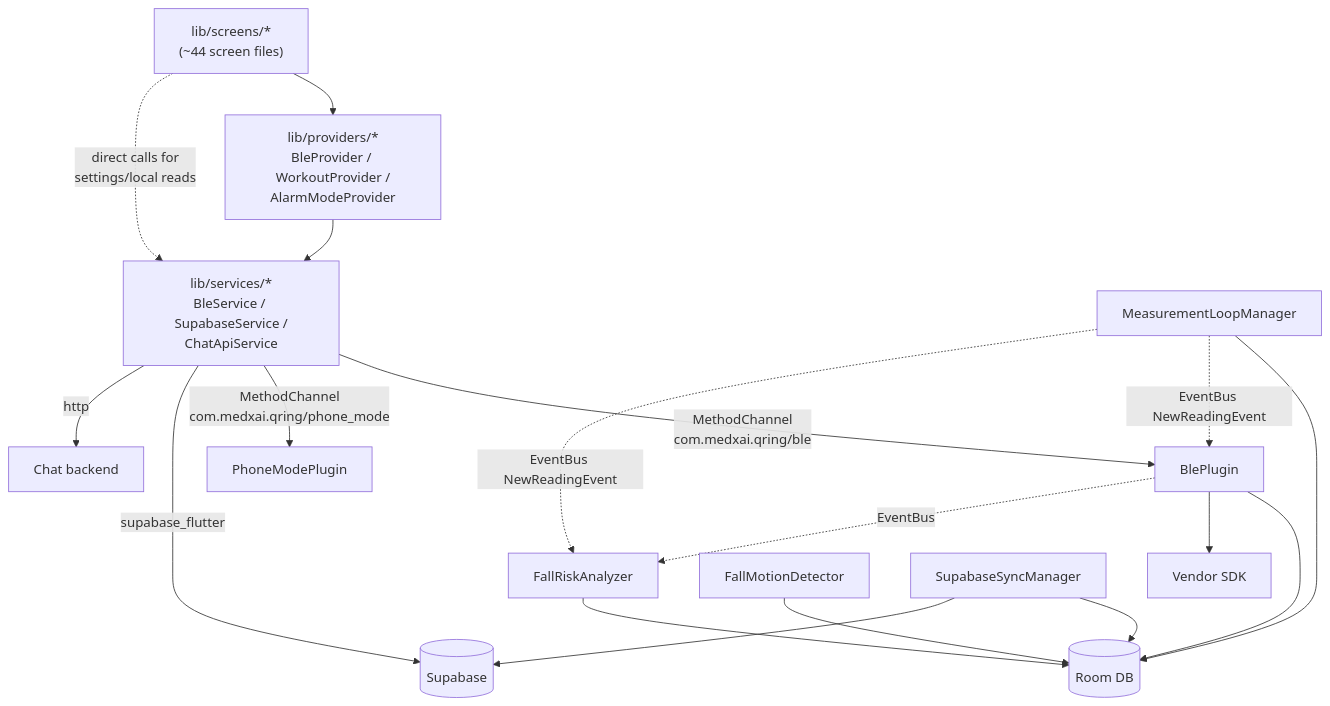
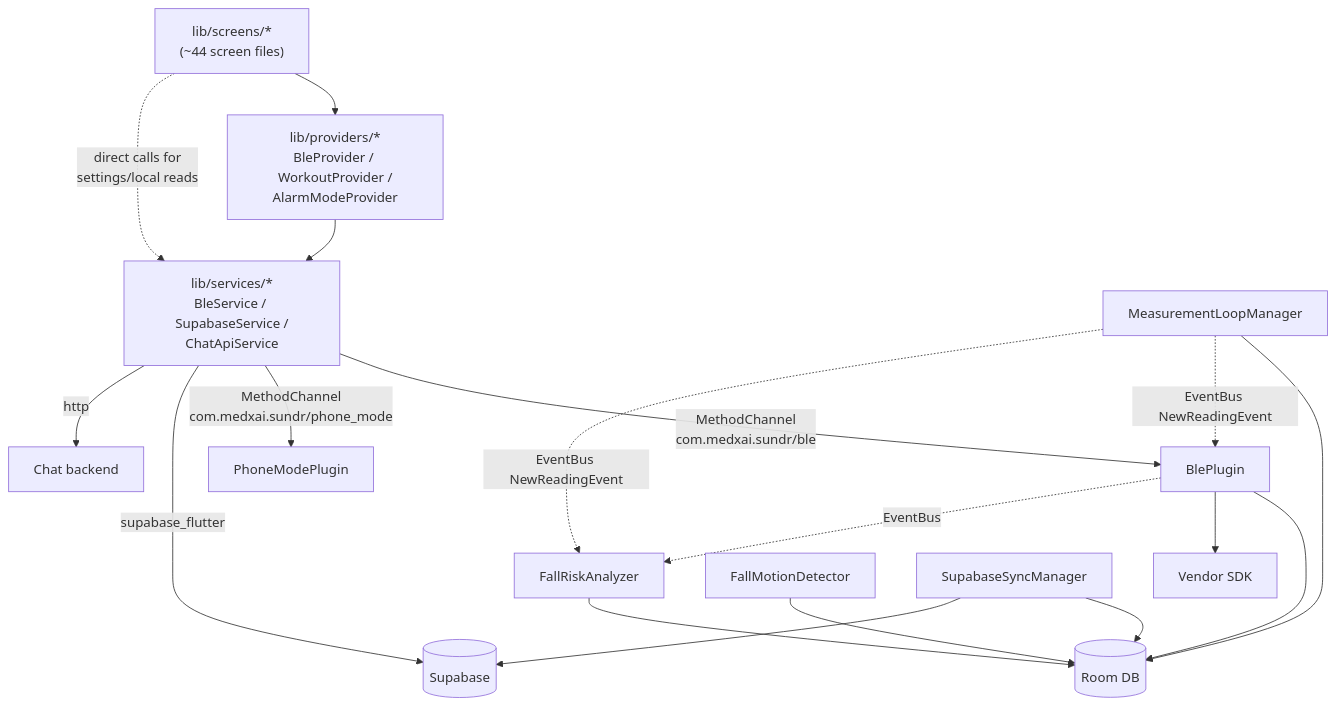
One commit to sivakumar1306/finalyear_project changed the fourth of 8 diagrams in KNOWLEDGE_TRANSFER.md. Above: the diagram before and after it, drawn with Mermaid. The commit also changed other lines of this file and 54 other files, not shown here.

````diff
--- a/KNOWLEDGE_TRANSFER.md
+++ b/KNOWLEDGE_TRANSFER.md
@@ -320,20 +320,20 @@
 ```mermaid
 flowchart TD
     Screens["lib/screens/*\n(~44 screen files)"] --> Providers["lib/providers/*\nBleProvider / WorkoutProvider /\nAlarmModeProvider"]
     Providers --> Services["lib/services/*\nBleService / SupabaseService /\nChatApiService"]
     Screens -.direct calls for\nsettings/local reads.-> Services
-    Services -->|MethodChannel\ncom.medxai.qring/ble| BlePlugin
-    Services -->|MethodChannel\ncom.medxai.qring/phone_mode| PhoneModePlugin
+    Services -->|MethodChannel\ncom.medxai.sundr/ble| BlePlugin
+    Services -->|MethodChannel\ncom.medxai.sundr/phone_mode| PhoneModePlugin
     Services -->|supabase_flutter| Supabase[(Supabase)]
     Services -->|http| ChatAPI[Chat backend]
     BlePlugin --> RoomDB[(Room DB)]
     BlePlugin --> SDK[Vendor SDK]
     BlePlugin -.EventBus.-> FallRiskAnalyzer
     MeasurementLoopManager --> RoomDB
     MeasurementLoopManager -.EventBus NewReadingEvent.-> BlePlugin
     MeasurementLoopManager -.EventBus NewReadingEvent.-> FallRiskAnalyzer
     FallMotionDetector --> RoomDB
     FallRiskAnalyzer --> RoomDB
     SupabaseSyncManager --> RoomDB
     SupabaseSyncManager --> Supabase
 ```
````
